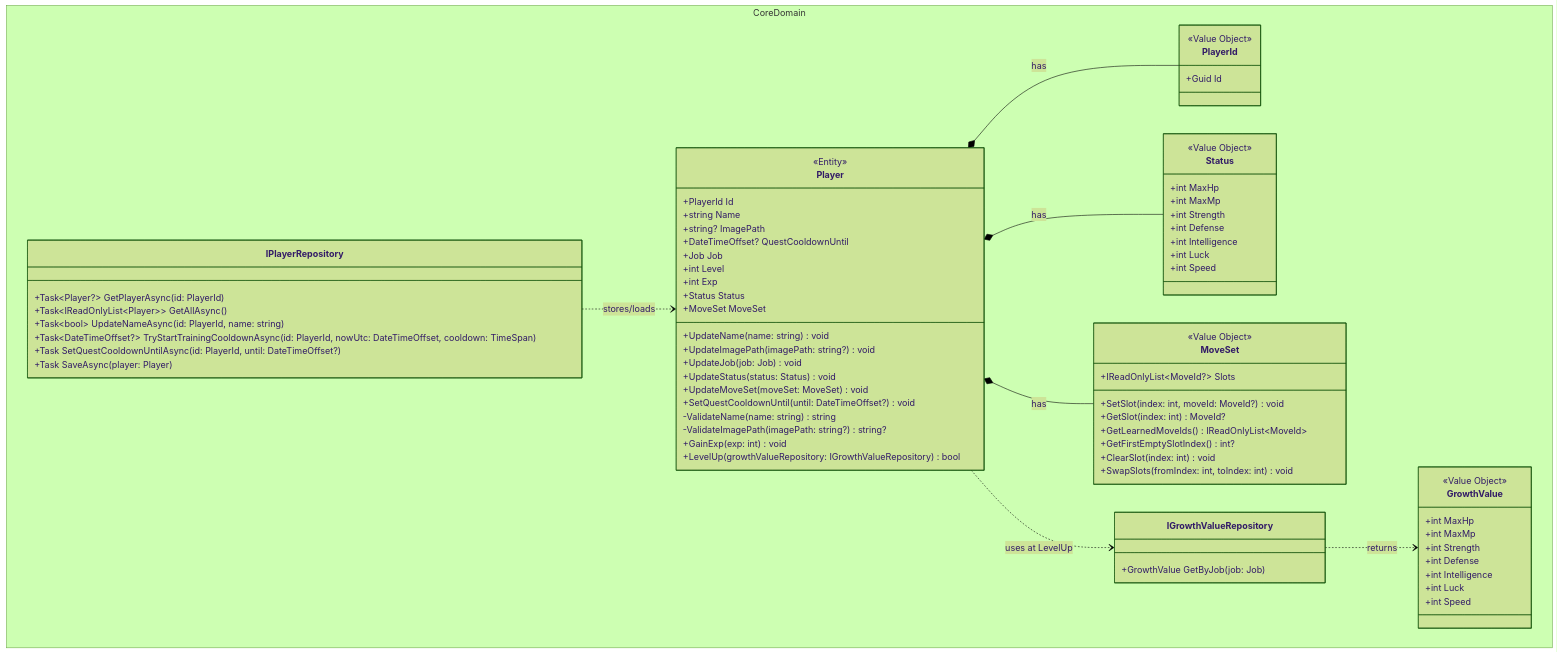
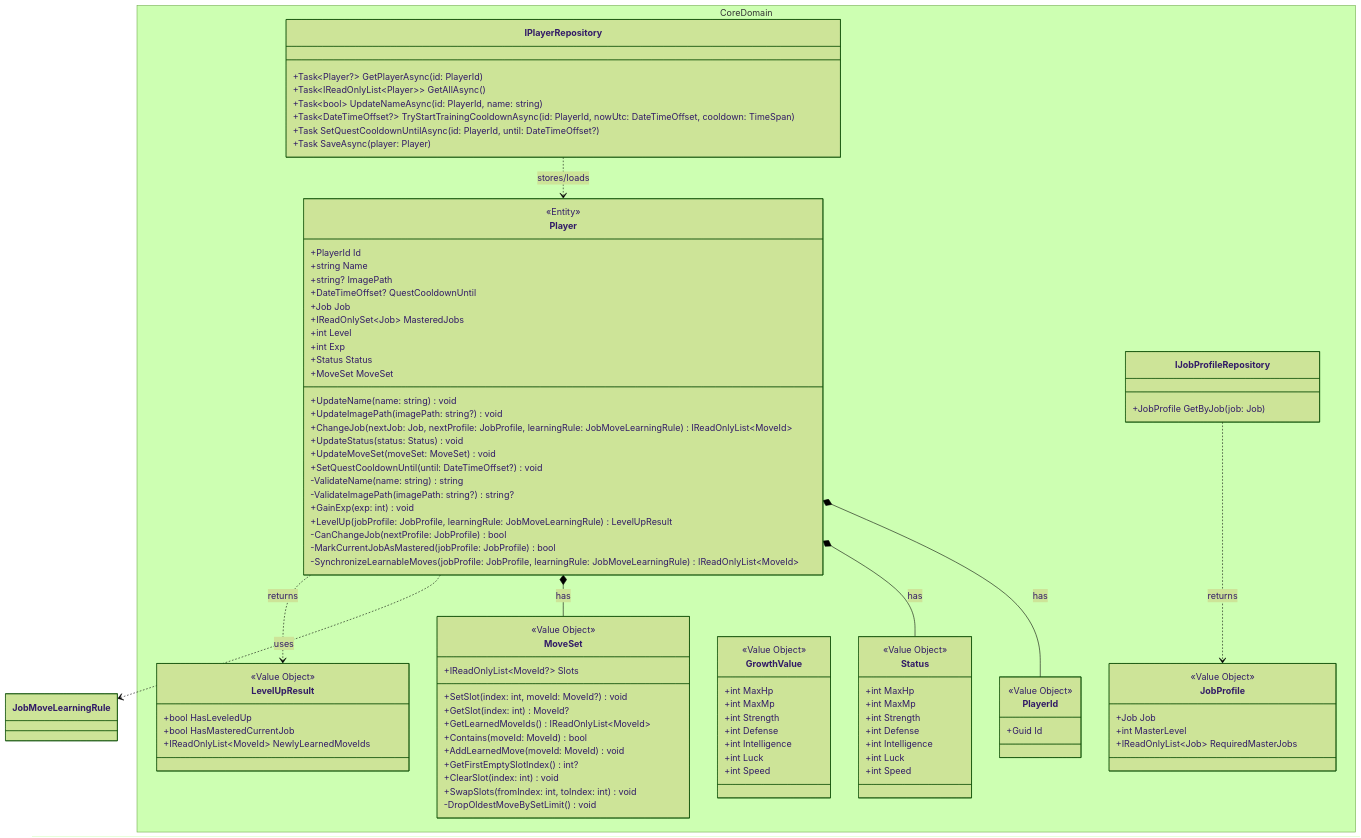
The diagram in docs/MMD01_CoreDomain.mmd (ayumu203/nisekue), drawn with Mermaid (forest theme) before and after one commit. The commit also changed 2 other files, not shown here.

```diff
--- a/docs/MMD01_CoreDomain.mmd
+++ b/docs/MMD01_CoreDomain.mmd
@@ -1,85 +1,107 @@
 classDiagram
     %% Enum 定義は docs/MMD21_Enum.mmd を参照
     namespace CoreDomain {
         %% Player の基本情報
         class Player {
             <<Entity>>
             +PlayerId Id
             +string Name
             +string? ImagePath
             +DateTimeOffset? QuestCooldownUntil
             +Job Job
+            +IReadOnlySet~Job~ MasteredJobs
             +int Level
             +int Exp
             +Status Status
             +MoveSet MoveSet
             +UpdateName(name: string) void
             +UpdateImagePath(imagePath: string?) void
-            +UpdateJob(job: Job) void
+            +ChangeJob(nextJob: Job, nextProfile: JobProfile, learningRule: JobMoveLearningRule) IReadOnlyList~MoveId~
             +UpdateStatus(status: Status) void
             +UpdateMoveSet(moveSet: MoveSet) void
             +SetQuestCooldownUntil(until: DateTimeOffset?) void
             -ValidateName(name: string) string
             -ValidateImagePath(imagePath: string?) string?
             +GainExp(exp: int) void
-            +LevelUp(growthValueRepository: IGrowthValueRepository) bool
+            +LevelUp(jobProfile: JobProfile, learningRule: JobMoveLearningRule) LevelUpResult
+            -CanChangeJob(nextProfile: JobProfile) bool
+            -MarkCurrentJobAsMastered(jobProfile: JobProfile) bool
+            -SynchronizeLearnableMoves(jobProfile: JobProfile, learningRule: JobMoveLearningRule) IReadOnlyList~MoveId~
         }
 
         class PlayerId {
             <<Value Object>>
             +Guid Id
         }
 
         class Status {
             <<Value Object>>
             +int MaxHp
             +int MaxMp
             +int Strength
             +int Defense
             +int Intelligence
             +int Luck
             +int Speed
         }
 
         class GrowthValue {
             <<Value Object>>
             +int MaxHp
             +int MaxMp
             +int Strength
             +int Defense
             +int Intelligence
             +int Luck
             +int Speed
         }
 
+        class JobProfile {
+            <<Value Object>>
+            +Job Job
+            +int MasterLevel
+            +IReadOnlyList~Job~ RequiredMasterJobs
+        }
+
+        class LevelUpResult {
+            <<Value Object>>
+            +bool HasLeveledUp
+            +bool HasMasteredCurrentJob
+            +IReadOnlyList~MoveId~ NewlyLearnedMoveIds
+        }
+
         class MoveSet {
             <<Value Object>>
             +IReadOnlyList~MoveId?~ Slots
             +SetSlot(index: int, moveId: MoveId?) void
             +GetSlot(index: int) MoveId?
             +GetLearnedMoveIds() IReadOnlyList~MoveId~
+            +Contains(moveId: MoveId) bool
+            +AddLearnedMove(moveId: MoveId) void
             +GetFirstEmptySlotIndex() int?
             +ClearSlot(index: int) void
             +SwapSlots(fromIndex: int, toIndex: int) void
+            -DropOldestMoveBySetLimit() void
         }
 
         class IPlayerRepository {
             +Task~Player?~ GetPlayerAsync(id: PlayerId)
             +Task~IReadOnlyList~Player~~ GetAllAsync()
             +Task~bool~ UpdateNameAsync(id: PlayerId, name: string)
             +Task~DateTimeOffset?~ TryStartTrainingCooldownAsync(id: PlayerId, nowUtc: DateTimeOffset, cooldown: TimeSpan)
             +Task SetQuestCooldownUntilAsync(id: PlayerId, until: DateTimeOffset?)
             +Task SaveAsync(player: Player)
         }
 
-        class IGrowthValueRepository {
-            +GrowthValue GetByJob(job: Job)
+        class IJobProfileRepository {
+            +JobProfile GetByJob(job: Job)
         }
     }
 
     Player *-- PlayerId : has
     Player *-- Status : has
     Player *-- MoveSet : has
-    Player ..> IGrowthValueRepository : uses at LevelUp
-    IGrowthValueRepository ..> GrowthValue : returns
+    Player ..> JobMoveLearningRule : uses
+    Player ..> LevelUpResult : returns
+    IJobProfileRepository ..> JobProfile : returns
     IPlayerRepository ..> Player : stores/loads
```
